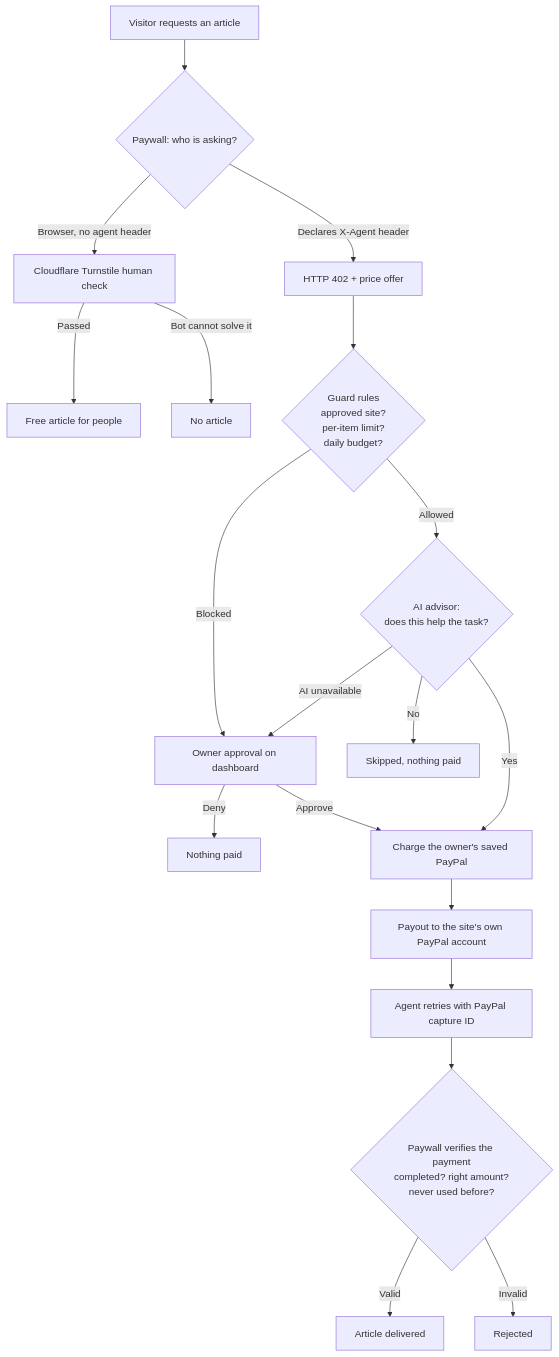
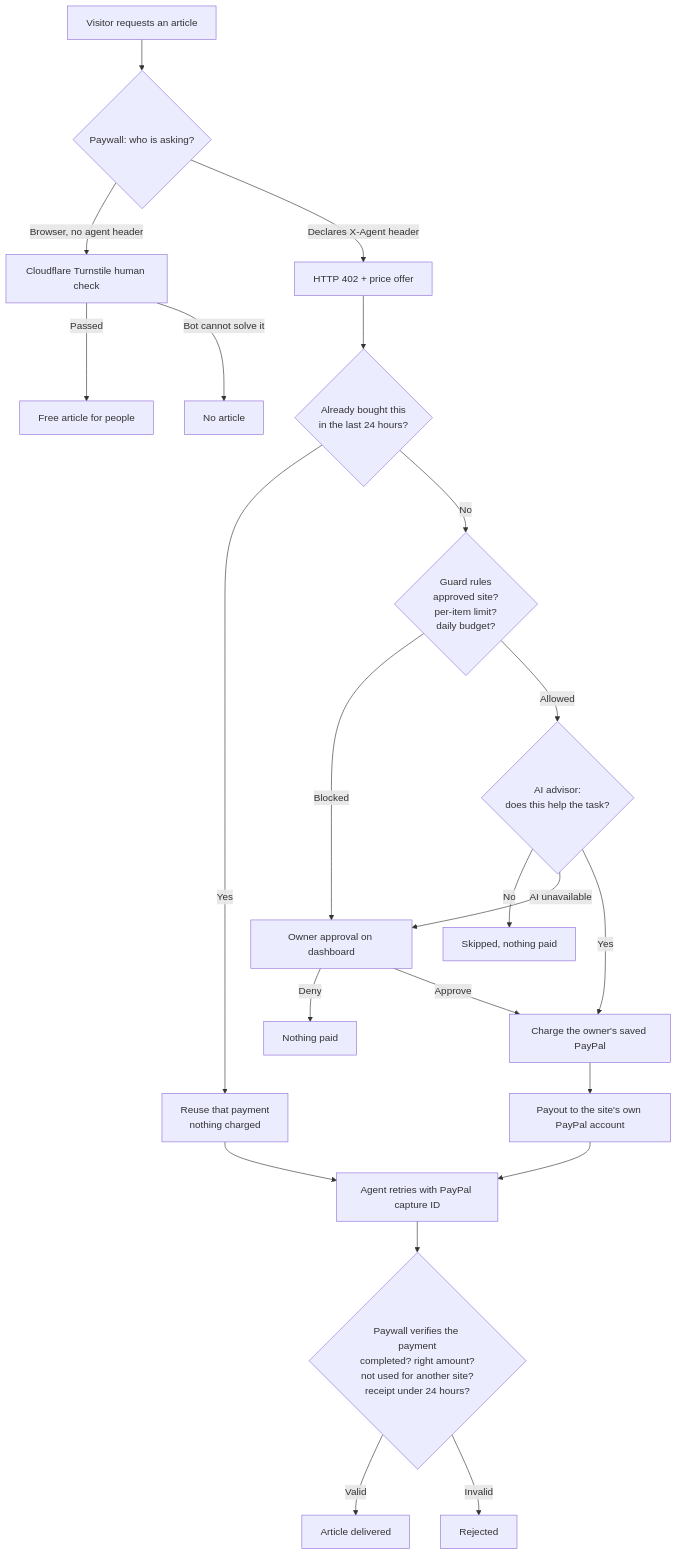
Before and after one commit to Swarna2503/ai-spend-guard: the first of 3 diagrams in README.md, drawn with Mermaid. The commit also changed other lines of this file, not shown here.

````diff
--- a/README.md
+++ b/README.md
@@ -51,26 +56,28 @@
 ```mermaid
 flowchart TD
     V[Visitor requests an article] --> W{Paywall: who is asking?}
 
     W -->|Browser, no agent header| T[Cloudflare Turnstile human check]
     T -->|Passed| FREE[Free article for people]
     T -->|Bot cannot solve it| STOP[No article]
 
     W -->|Declares X-Agent header| O[HTTP 402 + price offer]
-    O --> R{Guard rules<br/>approved site?<br/>per-item limit?<br/>daily budget?}
+    O --> OWN{Already bought this<br/>in the last 24 hours?}
+    OWN -->|Yes| REUSE[Reuse that payment<br/>nothing charged] --> PROOF
+    OWN -->|No| R{Guard rules<br/>approved site?<br/>per-item limit?<br/>daily budget?}
 
     R -->|Blocked| H[Owner approval on dashboard]
     H -->|Deny| NO[Nothing paid]
     H -->|Approve| PAY[Charge the owner's saved PayPal]
 
     R -->|Allowed| AI{AI advisor:<br/>does this help the task?}
     AI -->|No| SKIP[Skipped, nothing paid]
     AI -->|AI unavailable| H
     AI -->|Yes| PAY
 
     PAY --> OUT[Payout to the site's own PayPal account]
     OUT --> PROOF[Agent retries with PayPal capture ID]
-    PROOF --> CHECK{Paywall verifies the payment<br/>completed? right amount?<br/>never used before?}
+    PROOF --> CHECK{Paywall verifies the payment<br/>completed? right amount?<br/>not used for another site?<br/>receipt under 24 hours?}
     CHECK -->|Valid| ART[Article delivered]
     CHECK -->|Invalid| REJ[Rejected]
 ```
````
